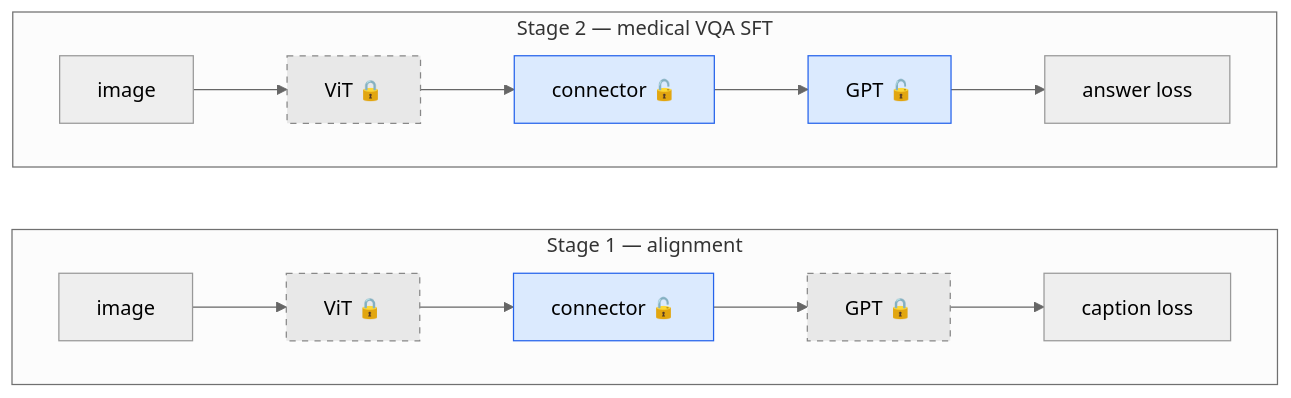
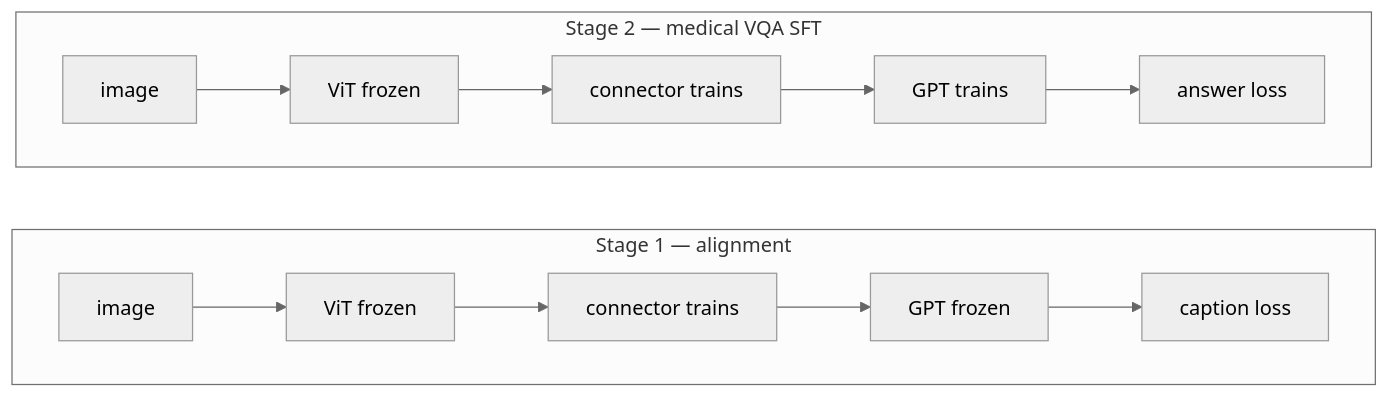
The eighth of 9 diagrams in experiment/connector.md (AsishKumarDalal/medicalvllm), drawn with Mermaid (neutral theme) before and after one commit. The commit also changed other lines of this file, not shown here.

Commit message:
Rewrite connector.md: simple Mermaid-first explanation, kept detailed spec

````diff
--- a/experiment/connector.md
+++ b/experiment/connector.md
@@ -173,17 +225,12 @@
 ```mermaid
 flowchart LR
     subgraph S1["Stage 1 — alignment"]
         direction LR
-        I1["image"] --> T1["ViT 🔒"] --> C1["connector 🔓"] --> L1["GPT 🔒"] --> O1["caption loss"]
+        I1["image"] --> T1["ViT frozen"] --> C1["connector trains"] --> L1["GPT frozen"] --> O1["caption loss"]
     end
 
     subgraph S2["Stage 2 — medical VQA SFT"]
         direction LR
-        I2["image"] --> T2["ViT 🔒"] --> C2["connector 🔓"] --> L2["GPT 🔓"] --> O2["answer loss"]
+        I2["image"] --> T2["ViT frozen"] --> C2["connector trains"] --> L2["GPT trains"] --> O2["answer loss"]
     end
-
-    classDef locked fill:#e8e8e8,stroke:#888,stroke-dasharray:5 5
-    classDef open fill:#dbeafe,stroke:#2563eb
-    class T1,T2,L1 locked
-    class C1,C2,L2 open
 ```
````
